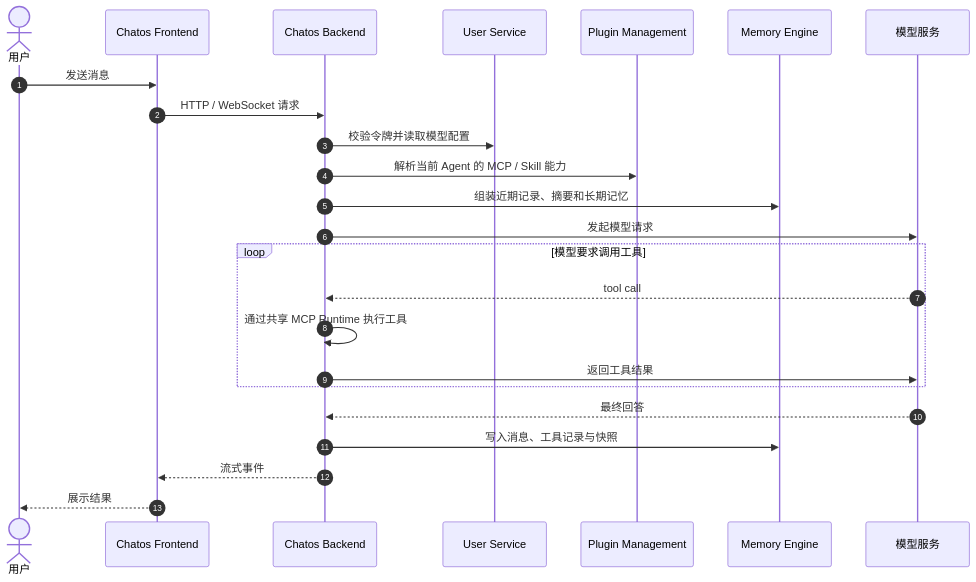
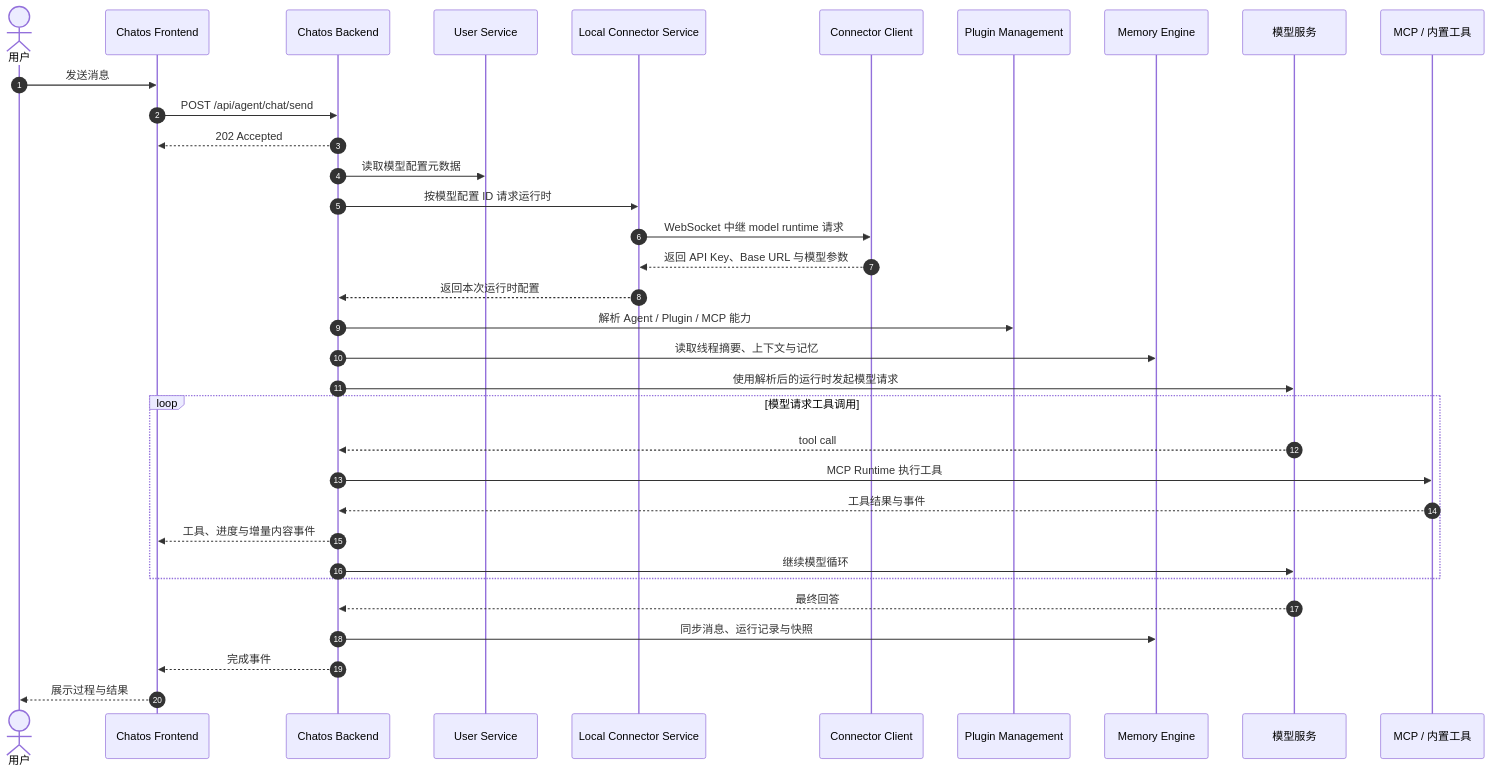
Before and after one commit to leeoohoo/chatos_rs: the third of 7 diagrams in README.md, drawn with Mermaid. The commit also changed other lines of this file and 23 other files, not shown here.

Commit message:
feat: rebuild user website and refresh architecture docs

````diff
--- a/README.md
+++ b/README.md
@@ -99,27 +146,37 @@
 ```mermaid
 sequenceDiagram
     autonumber
-    actor U as 用户
-    participant F as Chatos Frontend
+    actor User as 用户
+    participant Web as Chatos Frontend
     participant C as Chatos Backend
-    participant I as User Service
-    participant P as Plugin Management
+    participant U as User Service
+    participant L as Local Connector Service
+    participant LC as Connector Client
+    participant G as Plugin Management
     participant M as Memory Engine
-    participant L as 模型服务
+    participant AI as 模型服务
+    participant Tool as MCP / 内置工具
 
-    U->>F: 发送消息
-    F->>C: HTTP / WebSocket 请求
-    C->>I: 校验令牌并读取模型配置
-    C->>P: 解析当前 Agent 的 MCP / Skill 能力
-    C->>M: 组装近期记录、摘要和长期记忆
-    C->>L: 发起模型请求
-    loop 模型要求调用工具
-        L-->>C: tool call
-        C->>C: 通过共享 MCP Runtime 执行工具
-        C->>L: 返回工具结果
+    User->>Web: 发送消息
+    Web->>C: POST /api/agent/chat/send
+    C-->>Web: 202 Accepted
+    C->>U: 读取模型配置元数据
+    C->>L: 按模型配置 ID 请求运行时
+    L->>LC: WebSocket 中继 model runtime 请求
+    LC-->>L: 返回 API Key、Base URL 与模型参数
+    L-->>C: 返回本次运行时配置
+    C->>G: 解析 Agent / Plugin / MCP 能力
+    C->>M: 读取线程摘要、上下文与记忆
+    C->>AI: 使用解析后的运行时发起模型请求
+    loop 模型请求工具调用
+        AI-->>C: tool call
+        C->>Tool: MCP Runtime 执行工具
+        Tool-->>C: 工具结果与事件
+        C-->>Web: 工具、进度与增量内容事件
+        C->>AI: 继续模型循环
     end
-    L-->>C: 最终回答
-    C->>M: 写入消息、工具记录与快照
-    C-->>F: 流式事件
-    F-->>U: 展示结果
+    AI-->>C: 最终回答
+    C->>M: 同步消息、运行记录与快照
+    C-->>Web: 完成事件
+    Web-->>User: 展示过程与结果
 ```
````
